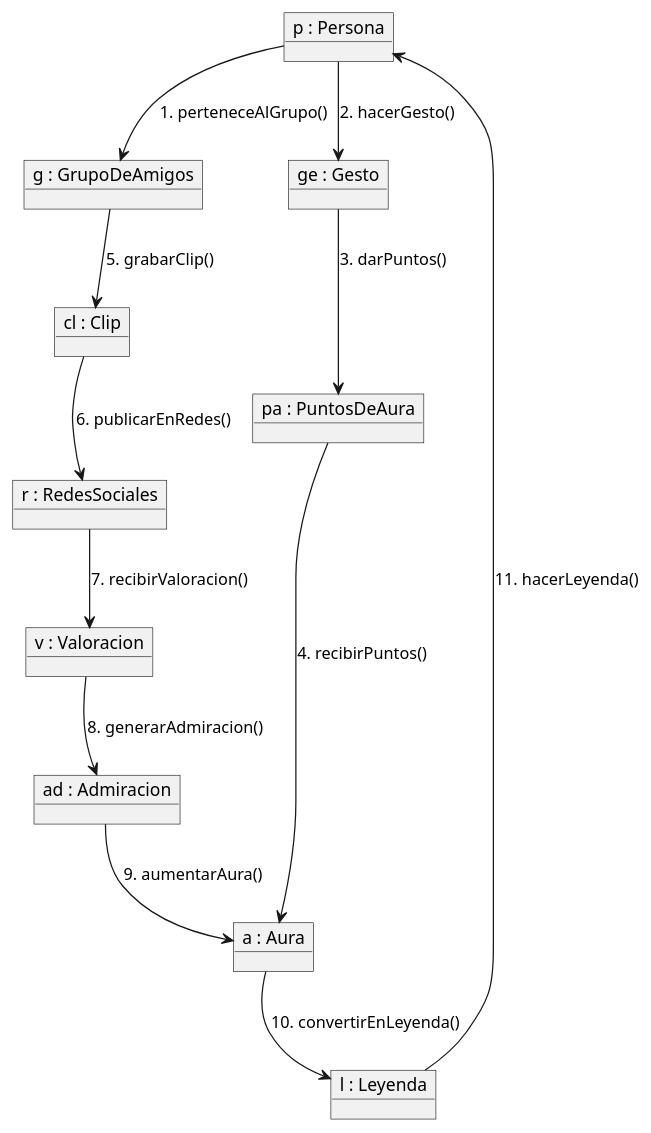
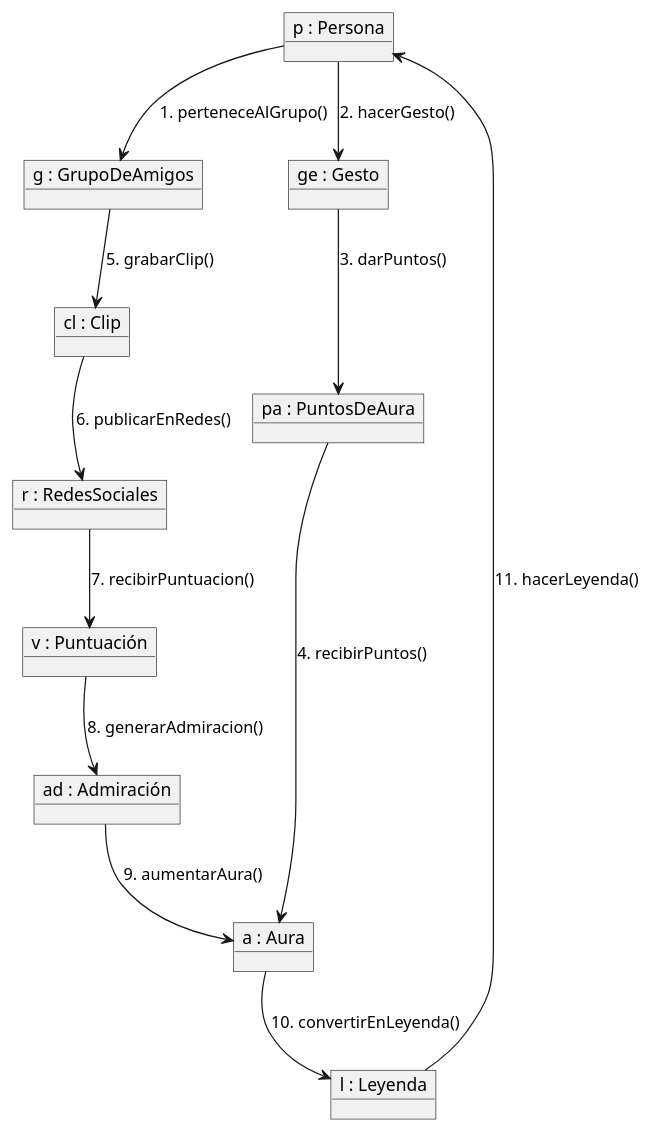
Before and after one commit to Alejandracuesta/26-27-idsw1-AC: the diagram in entregas/cuestaAlejandra/modelosUML/version2/diagramacolaboracion.puml, drawn with PlantUML. The commit also changed 18 other files, not shown here.

Commit message:
Correccion de Vocabulario de los diagramas y enlaces

```diff
--- a/entregas/cuestaAlejandra/modelosUML/version2/diagramacolaboracion.puml
+++ b/entregas/cuestaAlejandra/modelosUML/version2/diagramacolaboracion.puml
@@ -1,26 +1,26 @@
 @startuml
 
 object "p : Persona" as p
 object "g : GrupoDeAmigos" as g
 object "ge : Gesto" as ge
 object "pa : PuntosDeAura" as pa
 object "a : Aura" as a
 object "cl : Clip" as cl
 object "r : RedesSociales" as r
-object "v : Valoracion" as v
-object "ad : Admiracion" as ad
+object "v : Puntuación" as v
+object "ad : Admiración" as ad
 object "l : Leyenda" as l
 
 p --> g : 1. perteneceAlGrupo()
 p --> ge : 2. hacerGesto()
 ge --> pa : 3. darPuntos()
 pa --> a : 4. recibirPuntos()
 g --> cl : 5. grabarClip()
 cl --> r : 6. publicarEnRedes()
-r --> v : 7. recibirValoracion()
+r --> v : 7. recibirPuntuacion()
 v --> ad : 8. generarAdmiracion()
 ad --> a : 9. aumentarAura()
 a --> l : 10. convertirEnLeyenda()
 l --> p : 11. hacerLeyenda()
 
 @enduml
```
